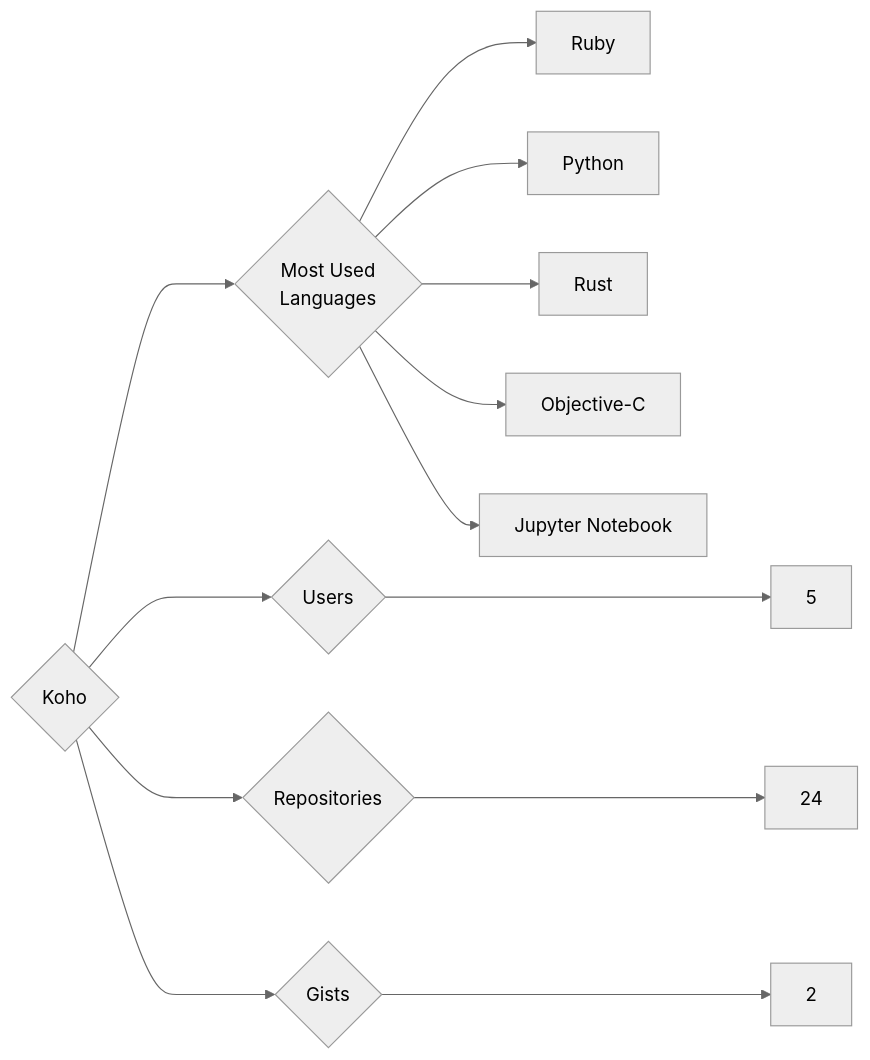
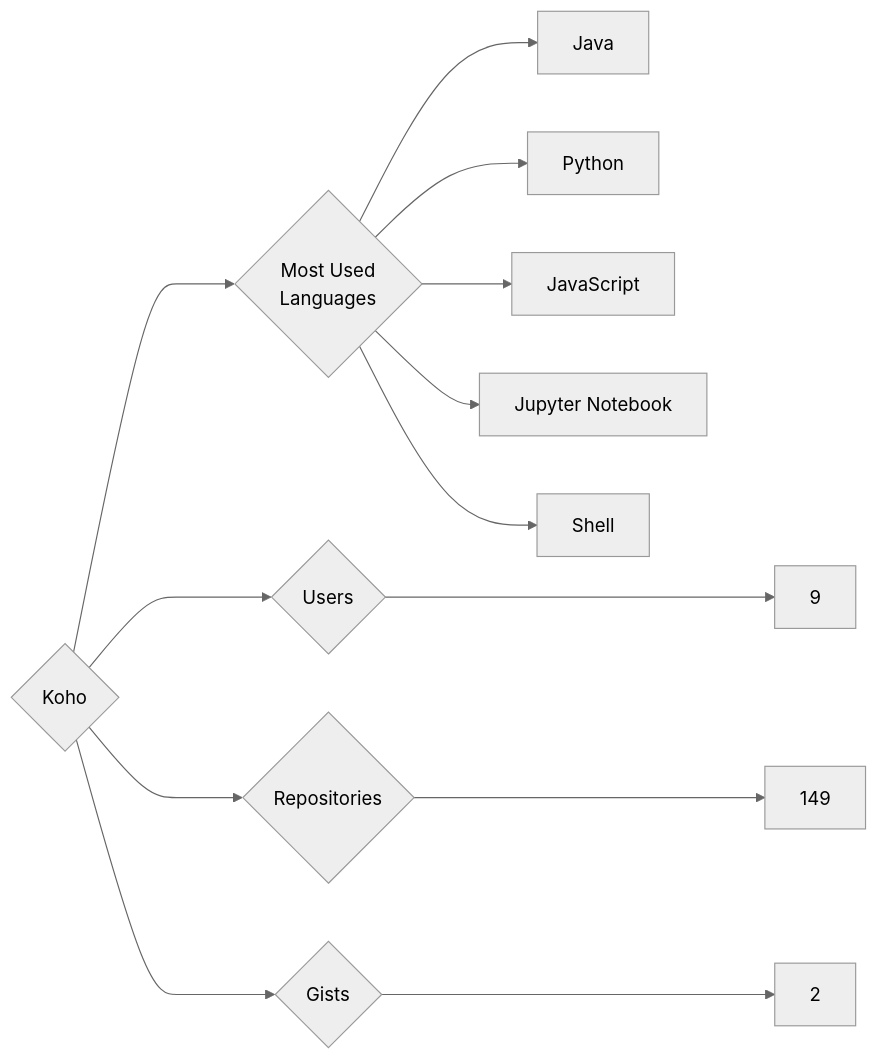
The diagram in targets/Koho/README.md (trickest/insiders), drawn with Mermaid (neutral theme) before and after one commit. The commit also changed 930 other files, not shown here.

````diff
--- a/targets/Koho/README.md
+++ b/targets/Koho/README.md
@@ -3,13 +3,13 @@
 ```mermaid
 graph LR
 COMPANY_NAME{Koho}
-COMPANY_NAME ---> U{Users} ---> UN[5]
-COMPANY_NAME ---> R{Repositories} ---> RN[24]
+COMPANY_NAME ---> U{Users} ---> UN[9]
+COMPANY_NAME ---> R{Repositories} ---> RN[149]
 COMPANY_NAME ---> G{Gists} ---> GN[2]
 COMPANY_NAME ---> ML{Most Used<br>Languages}
-ML --> Ruby[Ruby]
+ML --> Java[Java]
 ML --> Python[Python]
-ML --> Rust[Rust]
-ML --> Objective-C[Objective-C]
+ML --> JavaScript[JavaScript]
 ML --> Jupyter_Notebook[Jupyter Notebook]
+ML --> Shell[Shell]
 ```
````
